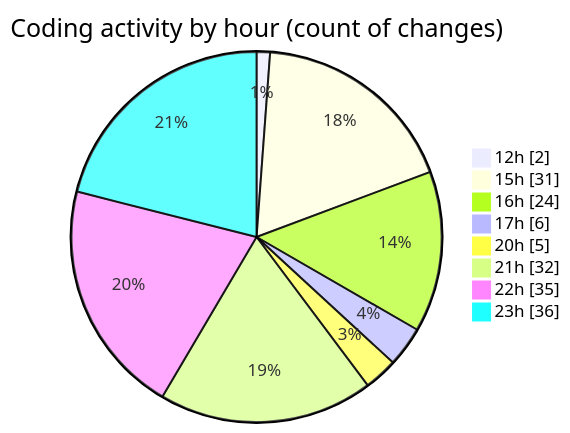
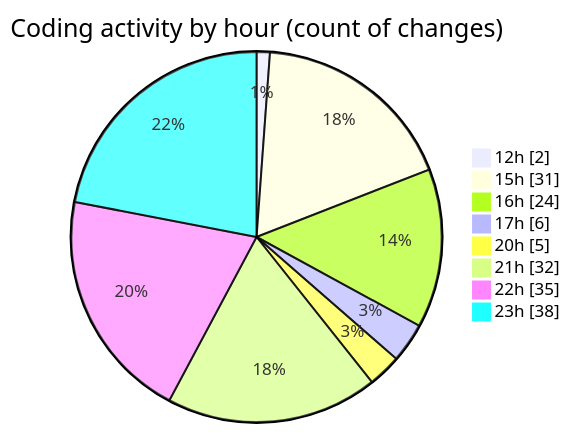
The second of 2 diagrams in 2025-02-26/cda/README.md (momahboobian/code-tracking), drawn with Mermaid before and after one commit. The commit also changed other lines of this file and 1 other file, not shown here.

````diff
--- a/2025-02-26/cda/README.md
+++ b/2025-02-26/cda/README.md
@@ -48,12 +49,12 @@
 ```mermaid
 pie showData
 title Coding activity by hour (count of changes)
 "12h" : 2
 "15h" : 31
 "16h" : 24
 "17h" : 6
 "20h" : 5
 "21h" : 32
 "22h" : 35
-"23h" : 36
+"23h" : 38
 ```
````
